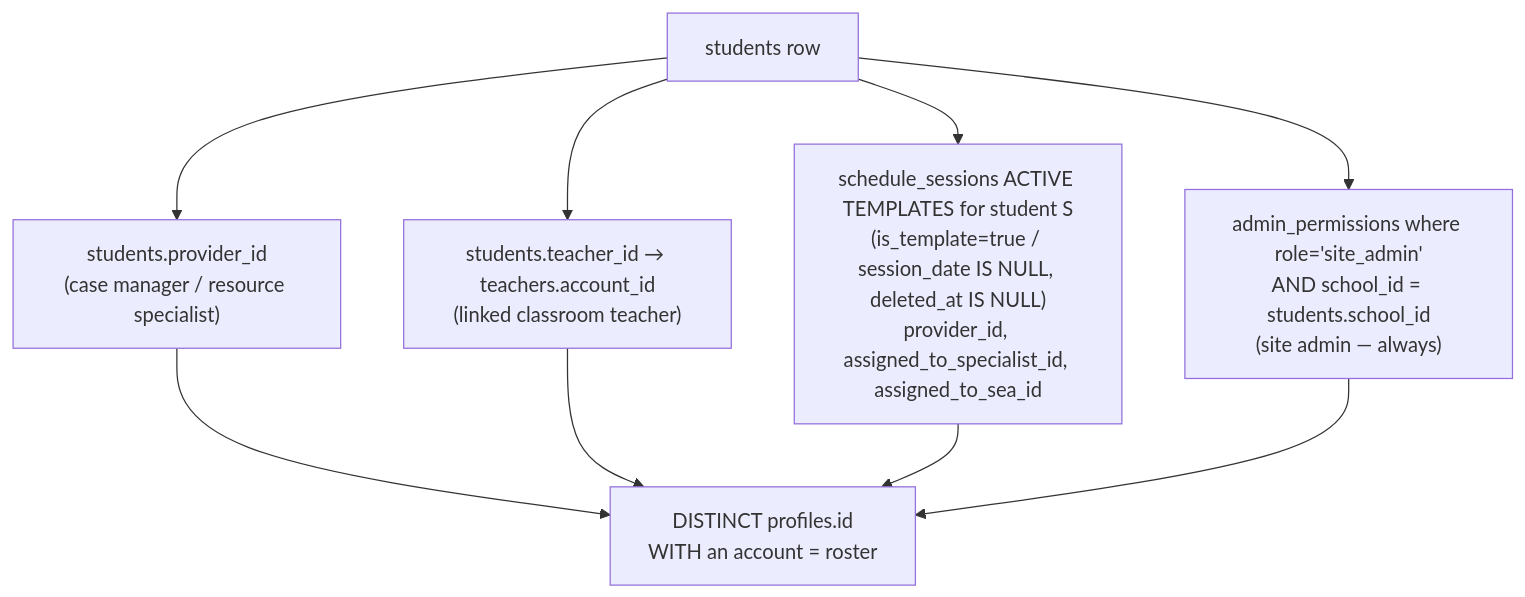
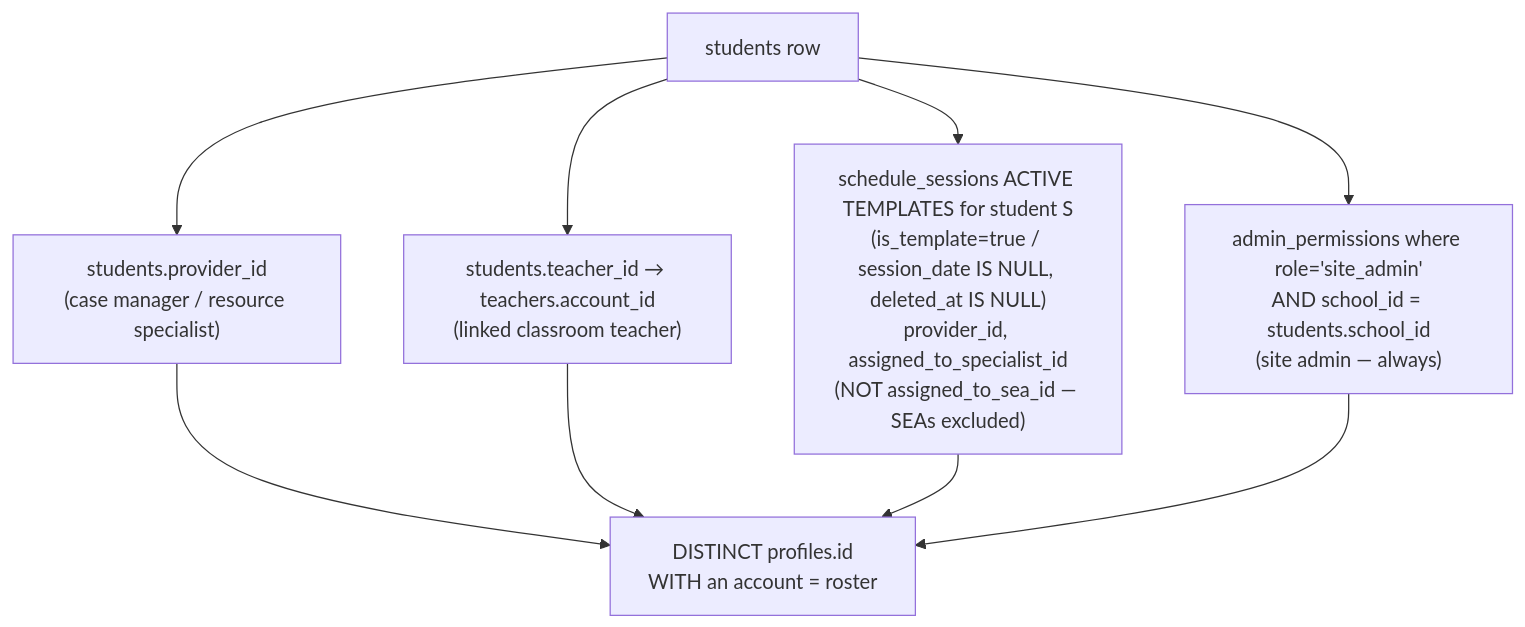
Before and after one commit to bstewart2255/speddy: the first of 2 diagrams in docs/CHAT_MODULE_DESIGN.md, drawn with Mermaid. The commit also changed other lines of this file, not shown here.

First line of the commit message:
docs: exclude SEAs/paraprofessionals from chat module (SPE-195) (#666)

````diff
--- a/docs/CHAT_MODULE_DESIGN.md
+++ b/docs/CHAT_MODULE_DESIGN.md
@@ -110,11 +110,11 @@
 ```mermaid
 flowchart TD
     S["students row"] --> P1["students.provider_id<br/>(case manager / resource specialist)"]
     S --> P2["students.teacher_id → teachers.account_id<br/>(linked classroom teacher)"]
-    S --> P3["schedule_sessions ACTIVE TEMPLATES for student S<br/>(is_template=true / session_date IS NULL, deleted_at IS NULL)<br/>provider_id, assigned_to_specialist_id, assigned_to_sea_id"]
+    S --> P3["schedule_sessions ACTIVE TEMPLATES for student S<br/>(is_template=true / session_date IS NULL, deleted_at IS NULL)<br/>provider_id, assigned_to_specialist_id<br/>(NOT assigned_to_sea_id — SEAs excluded)"]
     S --> P4["admin_permissions where role='site_admin'<br/>AND school_id = students.school_id<br/>(site admin — always)"]
     P1 --> U["DISTINCT profiles.id<br/>WITH an account = roster"]
     P2 --> U
     P3 --> U
     P4 --> U
 ```
````
